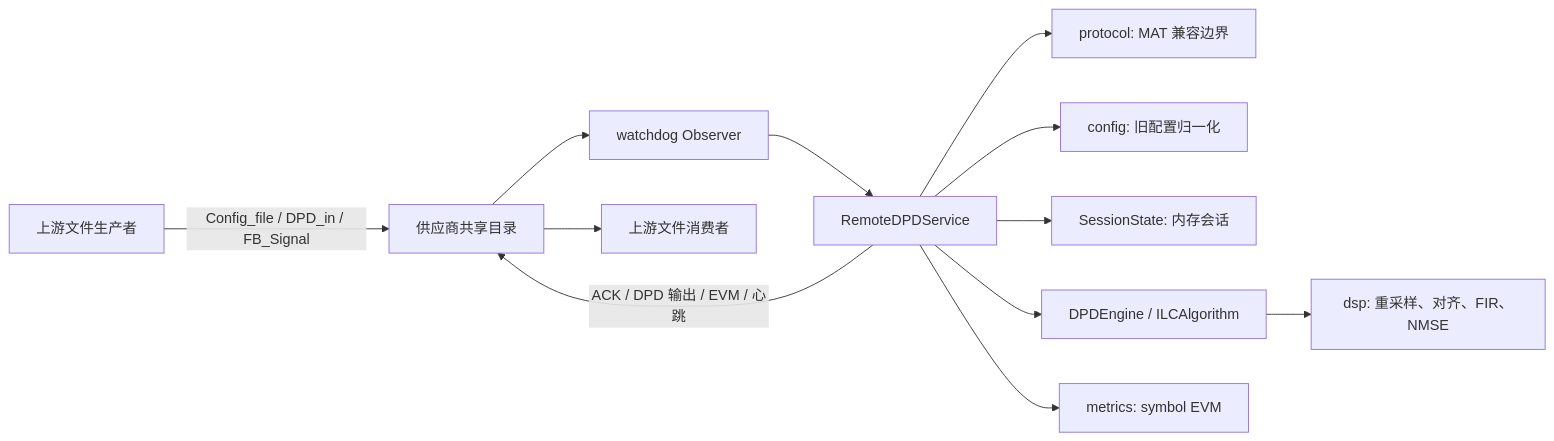
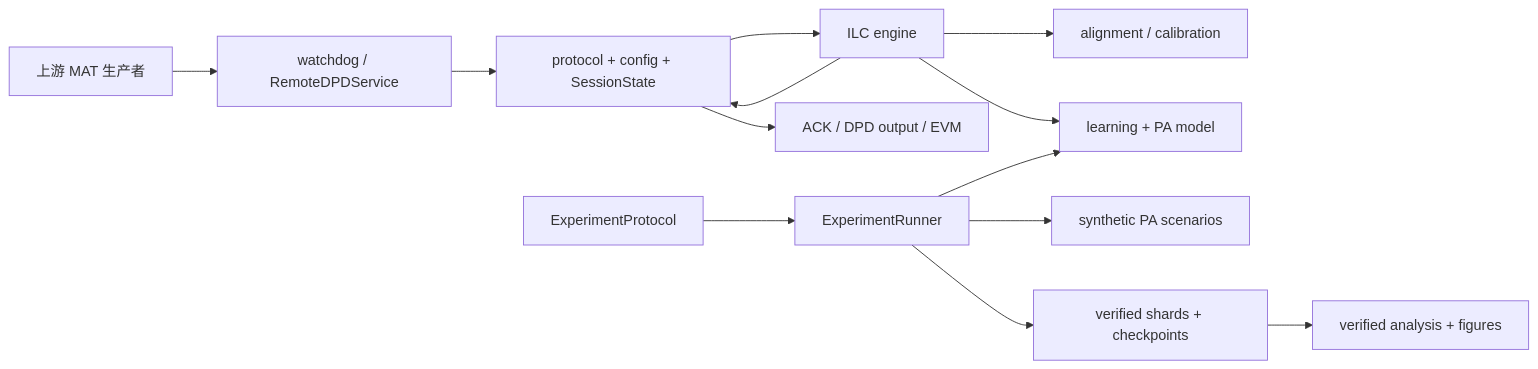
The diagram in docs/system_design.md (ChenLong1989/remote-dpd), drawn with Mermaid before and after one commit. The commit also changed other lines of this file and 45 other files, not shown here.

````diff
--- a/docs/system_design.md
+++ b/docs/system_design.md
@@ -58,14 +37,16 @@
 ```mermaid
 flowchart LR
-    Producer[上游文件生产者] -->|Config_file / DPD_in / FB_Signal| Share[供应商共享目录]
-    Share --> Watch[watchdog Observer]
-    Watch --> Service[RemoteDPDService]
-    Service --> Protocol[protocol: MAT 兼容边界]
-    Service --> Config[config: 旧配置归一化]
-    Service --> State[SessionState: 内存会话]
-    Service --> Engine[DPDEngine / ILCAlgorithm]
-    Engine --> DSP[dsp: 重采样、对齐、FIR、NMSE]
-    Service --> Metrics[metrics: symbol EVM]
-    Service -->|ACK / DPD 输出 / EVM / 心跳| Share
-    Share --> Consumer[上游文件消费者]
+    Producer["上游 MAT 生产者"] --> Watch["watchdog / RemoteDPDService"]
+    Watch --> Boundary["protocol + config + SessionState"]
+    Boundary --> Engine["ILC engine"]
+    Engine --> DSP["alignment / calibration"]
+    Engine --> Learn["learning + PA model"]
+    Engine --> Boundary
+    Boundary --> Consumer["ACK / DPD output / EVM"]
+
+    Frozen["ExperimentProtocol"] --> Runner["ExperimentRunner"]
+    Runner --> PA["synthetic PA scenarios"]
+    Runner --> Learn
+    Runner --> Shards["verified shards + checkpoints"]
+    Shards --> Analysis["verified analysis + figures"]
 ```
````
